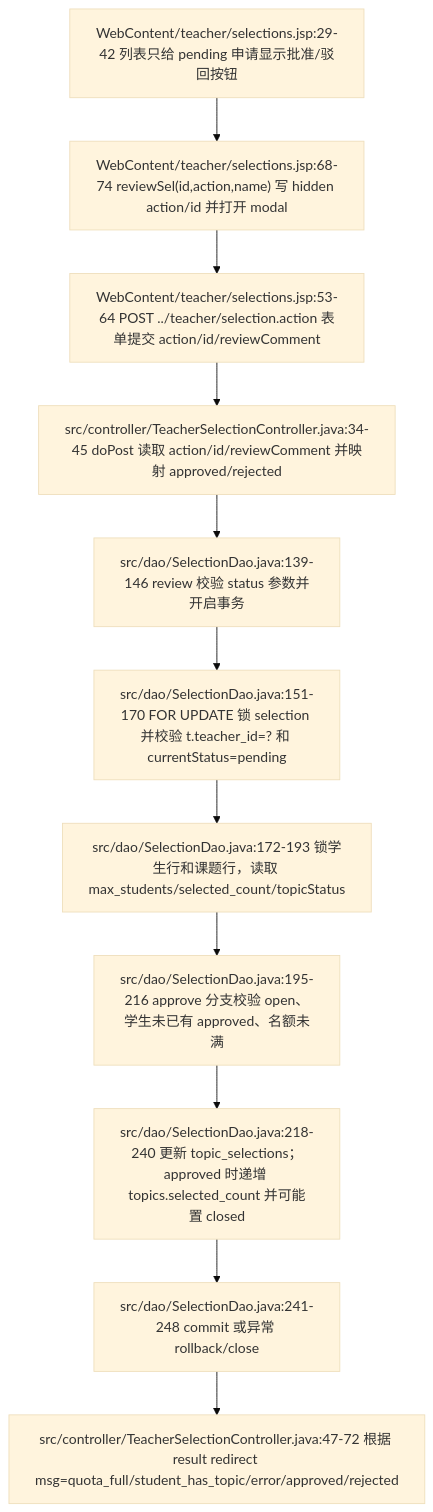
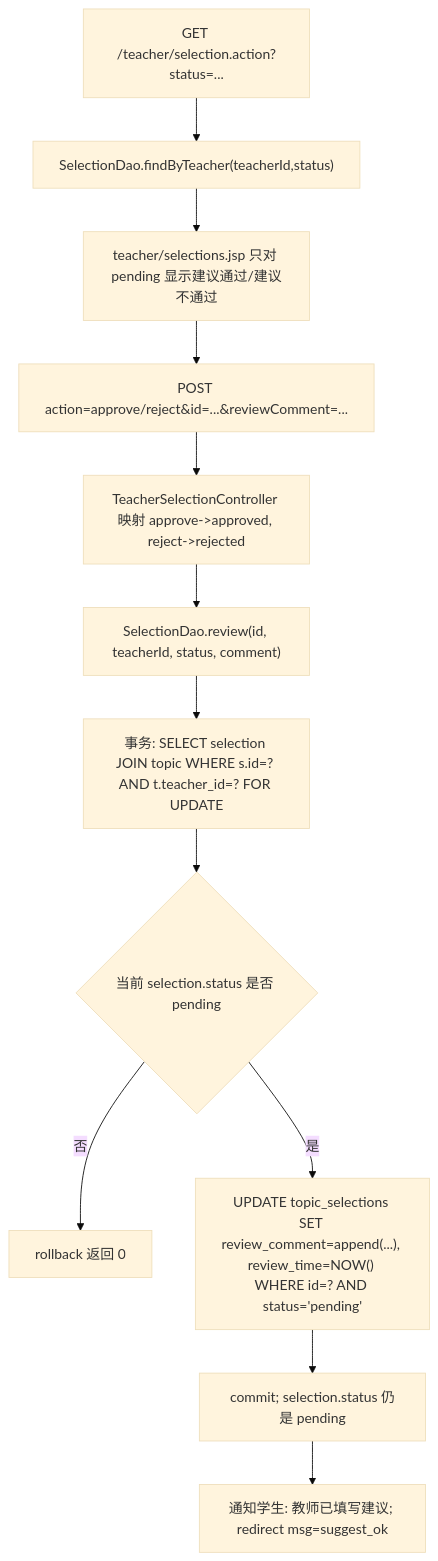
Before and after one commit to guangxiangdebizi/graduation-design-management-system: the fourth of 6 diagrams in docs/网络数据流详解/parts/02-topic-selection.md, drawn with Mermaid (base theme). The commit also changed other lines of this file and 8 other files, not shown here.

First line of the commit message:
refactor project documentation and enhance network data flow details

````diff
--- a/docs/网络数据流详解/parts/02-topic-selection.md
+++ b/docs/网络数据流详解/parts/02-topic-selection.md
@@ -316,13 +307,14 @@
 ```mermaid
 flowchart TD
-    A["WebContent/teacher/selections.jsp:29-42 列表只给 pending 申请显示批准/驳回按钮"] --> B["WebContent/teacher/selections.jsp:68-74 reviewSel(id,action,name) 写 hidden action/id 并打开 modal"]
-    B --> C["WebContent/teacher/selections.jsp:53-64 POST ../teacher/selection.action 表单提交 action/id/reviewComment"]
-    C --> D["src/controller/TeacherSelectionController.java:34-45 doPost 读取 action/id/reviewComment 并映射 approved/rejected"]
-    D --> E["src/dao/SelectionDao.java:139-146 review 校验 status 参数并开启事务"]
-    E --> F["src/dao/SelectionDao.java:151-170 FOR UPDATE 锁 selection 并校验 t.teacher_id=? 和 currentStatus=pending"]
-    F --> G["src/dao/SelectionDao.java:172-193 锁学生行和课题行，读取 max_students/selected_count/topicStatus"]
-    G --> H["src/dao/SelectionDao.java:195-216 approve 分支校验 open、学生未已有 approved、名额未满"]
-    H --> I["src/dao/SelectionDao.java:218-240 更新 topic_selections；approved 时递增 topics.selected_count 并可能置 closed"]
-    I --> J["src/dao/SelectionDao.java:241-248 commit 或异常 rollback/close"]
-    J --> K["src/controller/TeacherSelectionController.java:47-72 根据 result redirect msg=quota_full/student_has_topic/error/approved/rejected"]
+    A["GET /teacher/selection.action?status=..."] --> B["SelectionDao.findByTeacher(teacherId,status)"]
+    B --> C["teacher/selections.jsp 只对 pending 显示建议通过/建议不通过"]
+    C --> D["POST action=approve/reject&id=...&reviewComment=..."]
+    D --> E["TeacherSelectionController 映射 approve->approved, reject->rejected"]
+    E --> F["SelectionDao.review(id, teacherId, status, comment)"]
+    F --> G["事务: SELECT selection JOIN topic WHERE s.id=? AND t.teacher_id=? FOR UPDATE"]
+    G --> H{"当前 selection.status 是否 pending"}
+    H -- 否 --> I["rollback 返回 0"]
+    H -- 是 --> J["UPDATE topic_selections SET review_comment=append(...), review_time=NOW() WHERE id=? AND status='pending'"]
+    J --> K["commit; selection.status 仍是 pending"]
+    K --> L["通知学生: 教师已填写建议; redirect msg=suggest_ok"]
 ```
````
